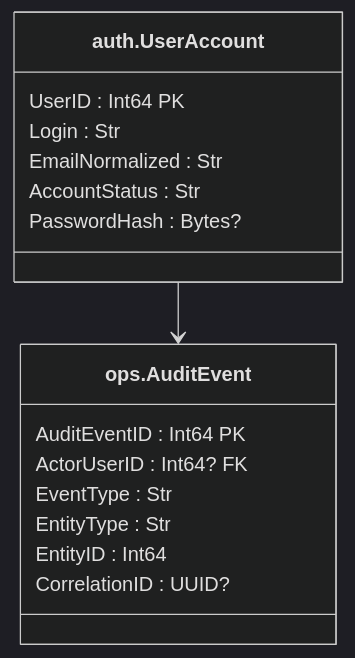
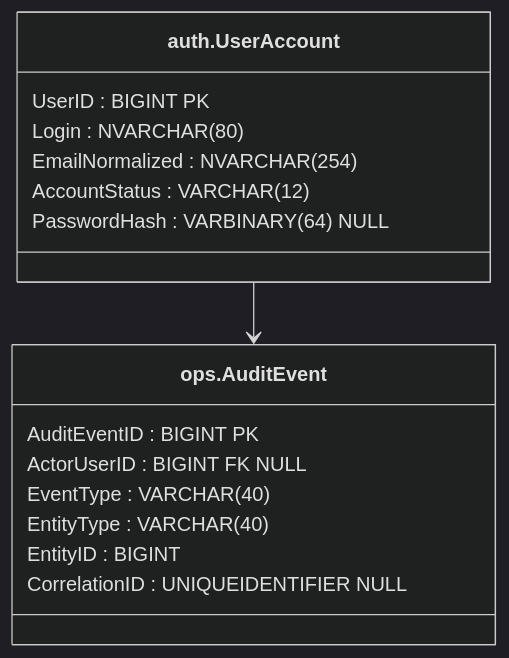
Before and after one commit to lkeey/BIVT-labs: diagram 15 of 15 in 03SQL-CourseWork/architecture/database-model.md, drawn with Mermaid (dark theme). The commit also changed other lines of this file, not shown here.

Commit message:
docs(coursework): use exact T-SQL types in database diagrams

```diff
--- a/03SQL-CourseWork/architecture/database-model.md
+++ b/03SQL-CourseWork/architecture/database-model.md
@@ -604,20 +604,20 @@
 ~~~mermaid
 classDiagram
     direction TB
     class U["auth.UserAccount"] {
-        UserID : Int64 PK
-        Login : Str
-        EmailNormalized : Str
-        AccountStatus : Str
-        PasswordHash : Bytes?
+        UserID : BIGINT PK
+        Login : NVARCHAR#40;80#41;
+        EmailNormalized : NVARCHAR#40;254#41;
+        AccountStatus : VARCHAR#40;12#41;
+        PasswordHash : VARBINARY#40;64#41; NULL
     }
     class A["ops.AuditEvent"] {
-        AuditEventID : Int64 PK
-        ActorUserID : Int64? FK
-        EventType : Str
-        EntityType : Str
-        EntityID : Int64
-        CorrelationID : UUID?
+        AuditEventID : BIGINT PK
+        ActorUserID : BIGINT FK NULL
+        EventType : VARCHAR#40;40#41;
+        EntityType : VARCHAR#40;40#41;
+        EntityID : BIGINT
+        CorrelationID : UNIQUEIDENTIFIER NULL
     }
     U --> A
 ~~~
```
